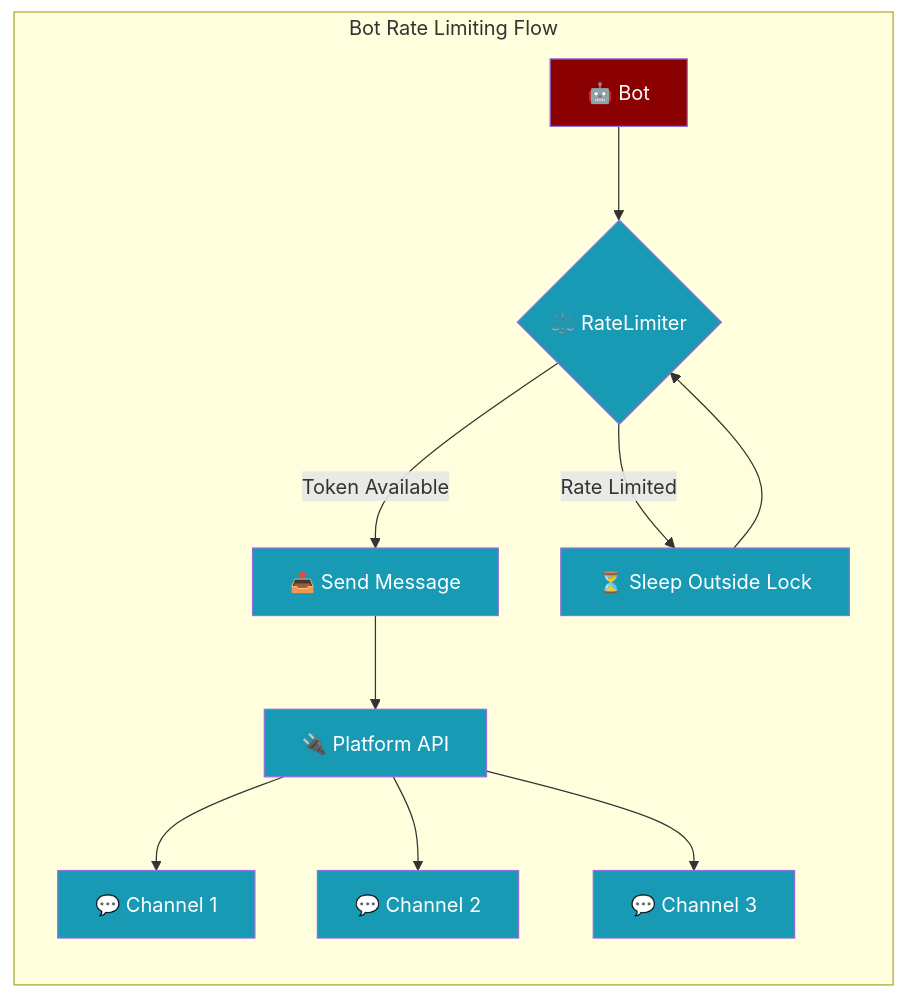
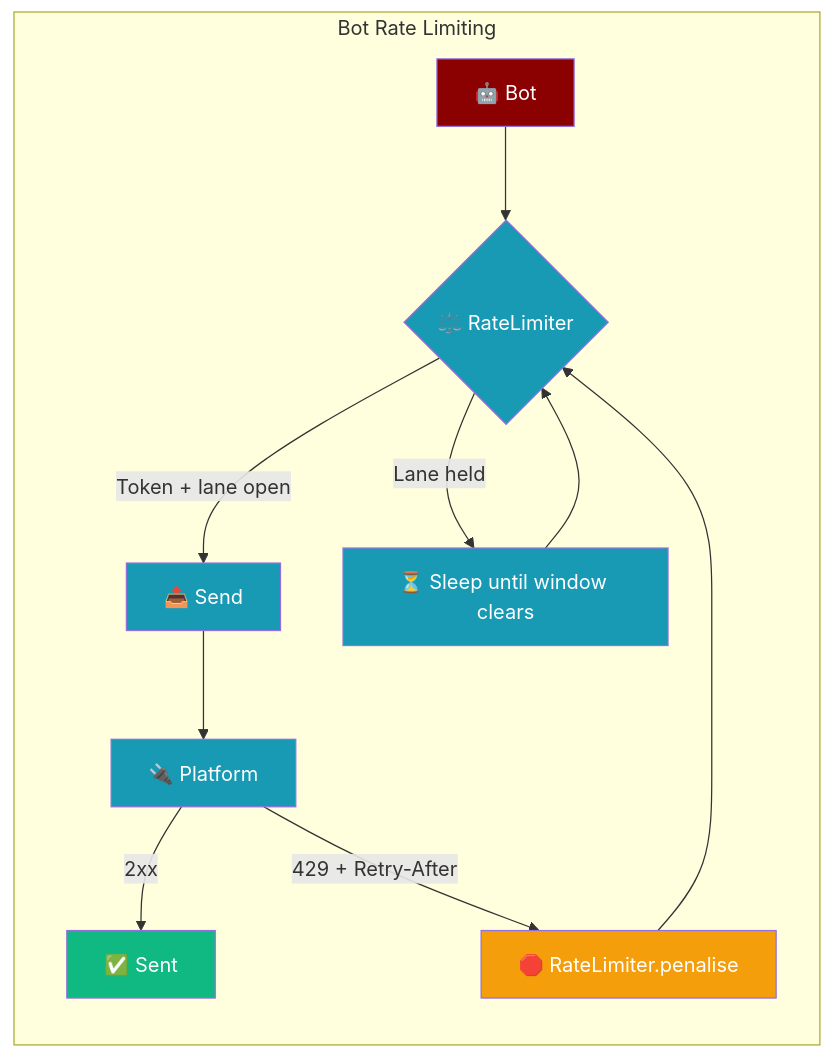
The first of 3 diagrams in docs/features/bot-rate-limiting.mdx (MervinPraison/PraisonAIDocs), drawn with Mermaid before and after one commit. The commit also changed other lines of this file and 2 other files, not shown here.

First line of the commit message:
docs: document server_retry_after and RateLimiter.penalise (fixes #1220)

````diff
--- a/docs/features/bot-rate-limiting.mdx
+++ b/docs/features/bot-rate-limiting.mdx
@@ -10,19 +10,21 @@
 ```mermaid
 graph LR
-    subgraph "Bot Rate Limiting Flow"
+    subgraph "Bot Rate Limiting"
         B[🤖 Bot] --> L{⚖️ RateLimiter}
-        L -->|Token Available| Send[📤 Send Message]
-        L -->|Rate Limited| Wait[⏳ Sleep Outside Lock]
+        L -->|Token + lane open| Send[📤 Send]
+        L -->|Lane held| Wait[⏳ Sleep until window clears]
         Wait --> L
-        Send --> P[🔌 Platform API]
-        P --> C1[💬 Channel 1]
-        P --> C2[💬 Channel 2]
-        P --> C3[💬 Channel 3]
+        Send --> P[🔌 Platform]
+        P -->|2xx| Done[✅ Sent]
+        P -->|429 + Retry-After| Pen[🛑 RateLimiter.penalise]
+        Pen --> L
     end
-    
     classDef agent fill:#8B0000,color:#fff
     classDef tool fill:#189AB4,color:#fff
-    
+    classDef warn fill:#F59E0B,color:#fff
+    classDef ok fill:#10B981,color:#fff
     class B agent
-    class L,Send,Wait,P,C1,C2,C3 tool
+    class L,Send,Wait,P tool
+    class Pen warn
+    class Done ok
 ```
````
